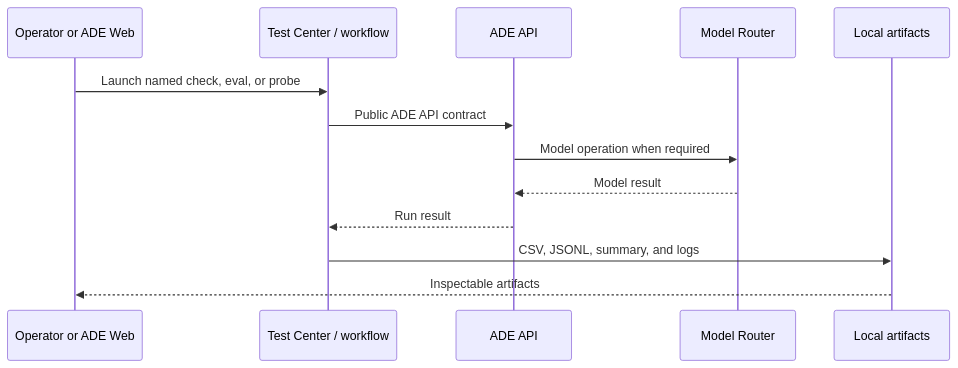
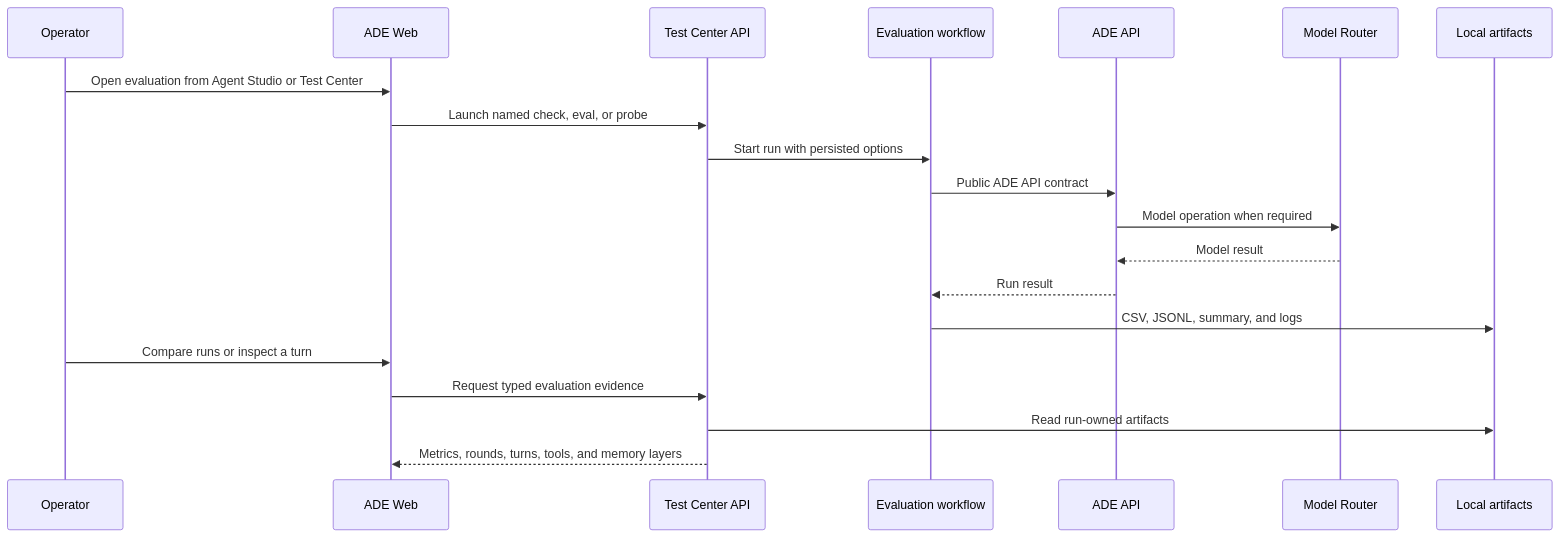
Before and after one commit to Wenjun-Mao/Letta-Open-ADE: the fifth of 5 diagrams in docs/architecture/request-flows.md, drawn with Mermaid. The commit also changed other lines of this file and 44 other files, not shown here.

Commit message:
Add agent behavior evaluation loop

````diff
--- a/docs/architecture/request-flows.md
+++ b/docs/architecture/request-flows.md
@@ -96,15 +96,22 @@
 ```mermaid
 sequenceDiagram
-    participant U as Operator or ADE Web
-    participant T as Test Center / workflow
+    participant U as Operator
+    participant W as ADE Web
+    participant T as Test Center API
+    participant E as Evaluation workflow
     participant A as ADE API
     participant R as Model Router
     participant O as Local artifacts
-    U->>T: Launch named check, eval, or probe
-    T->>A: Public ADE API contract
+    U->>W: Open evaluation from Agent Studio or Test Center
+    W->>T: Launch named check, eval, or probe
+    T->>E: Start run with persisted options
+    E->>A: Public ADE API contract
     A->>R: Model operation when required
     R-->>A: Model result
-    A-->>T: Run result
-    T->>O: CSV, JSONL, summary, and logs
-    O-->>U: Inspectable artifacts
+    A-->>E: Run result
+    E->>O: CSV, JSONL, summary, and logs
+    U->>W: Compare runs or inspect a turn
+    W->>T: Request typed evaluation evidence
+    T->>O: Read run-owned artifacts
+    T-->>W: Metrics, rounds, turns, tools, and memory layers
 ```
````
